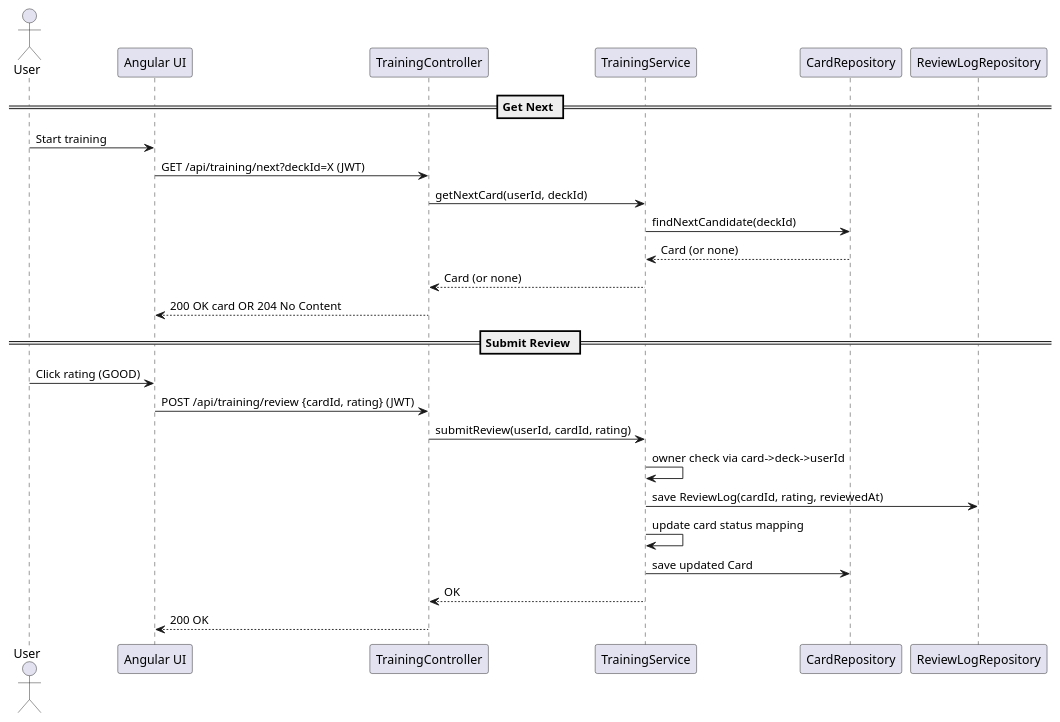
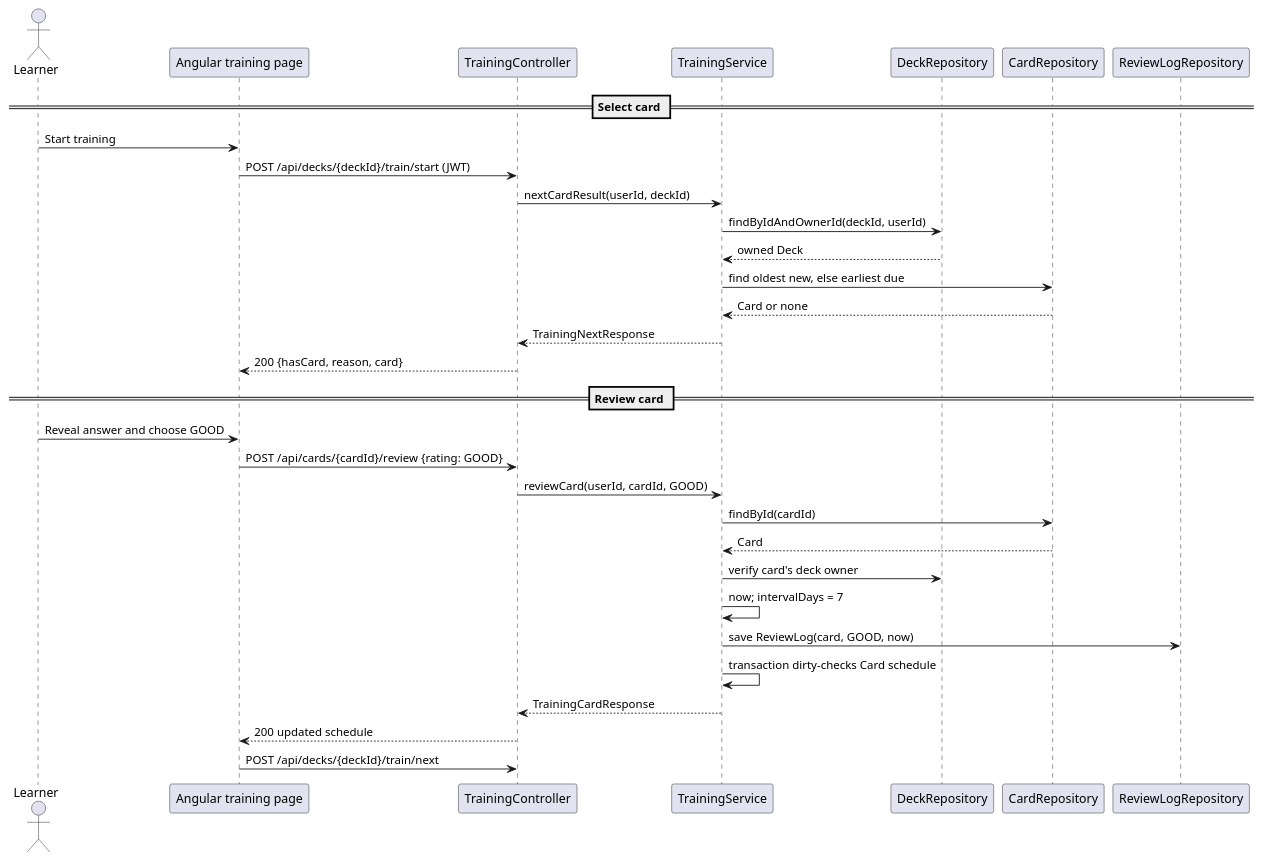
The diagram in docs/uml/sequence-training.puml (savychev/intec-ep-linguacards), drawn with PlantUML before and after one commit. The commit also changed 21 other files, not shown here.

```diff
--- a/docs/uml/sequence-training.puml
+++ b/docs/uml/sequence-training.puml
@@ -1,28 +1,35 @@
 @startuml
-actor User as U
-participant "Angular UI" as UI
-participant "TrainingController" as TC
-participant "TrainingService" as TS
-participant "CardRepository" as CR
-participant "ReviewLogRepository" as RR
+actor Learner
+participant "Angular training page" as UI
+participant TrainingController as Controller
+participant TrainingService as Service
+participant DeckRepository as Decks
+participant CardRepository as Cards
+participant ReviewLogRepository as Reviews
 
-== Get Next ==
-U -> UI: Start training
-UI -> TC: GET /api/training/next?deckId=X (JWT)
-TC -> TS: getNextCard(userId, deckId)
-TS -> CR: findNextCandidate(deckId)
-CR --> TS: Card (or none)
-TS --> TC: Card (or none)
-TC --> UI: 200 OK card OR 204 No Content
+== Select card ==
+Learner -> UI: Start training
+UI -> Controller: POST /api/decks/{deckId}/train/start (JWT)
+Controller -> Service: nextCardResult(userId, deckId)
+Service -> Decks: findByIdAndOwnerId(deckId, userId)
+Decks --> Service: owned Deck
+Service -> Cards: find oldest new, else earliest due
+Cards --> Service: Card or none
+Service --> Controller: TrainingNextResponse
+Controller --> UI: 200 {hasCard, reason, card}
 
-== Submit Review ==
-U -> UI: Click rating (GOOD)
-UI -> TC: POST /api/training/review {cardId, rating} (JWT)
-TC -> TS: submitReview(userId, cardId, rating)
-TS -> TS: owner check via card->deck->userId
-TS -> RR: save ReviewLog(cardId, rating, reviewedAt)
-TS -> TS: update card status mapping
-TS -> CR: save updated Card
-TS --> TC: OK
-TC --> UI: 200 OK
+== Review card ==
+Learner -> UI: Reveal answer and choose GOOD
+UI -> Controller: POST /api/cards/{cardId}/review {rating: GOOD}
+Controller -> Service: reviewCard(userId, cardId, GOOD)
+Service -> Cards: findById(cardId)
+Cards --> Service: Card
+Service -> Decks: verify card's deck owner
+Service -> Service: now; intervalDays = 7
+Service -> Reviews: save ReviewLog(card, GOOD, now)
+Service -> Service: transaction dirty-checks Card schedule
+Service --> Controller: TrainingCardResponse
+Controller --> UI: 200 updated schedule
+UI -> Controller: POST /api/decks/{deckId}/train/next
+
 @enduml
```
